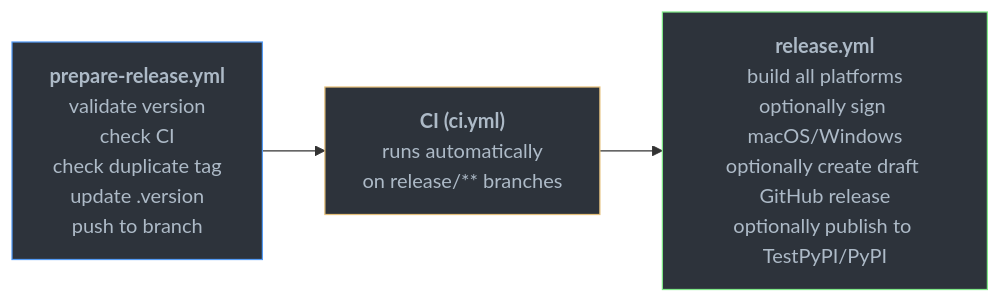
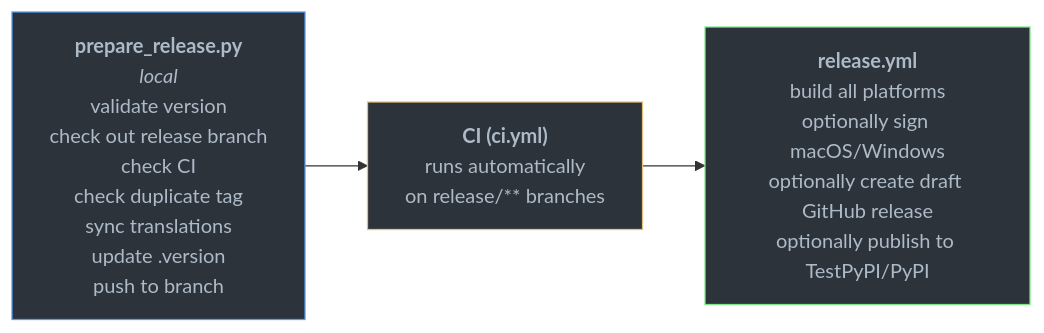
The first of 2 diagrams in docs/releasing.md (ankitects/anki), drawn with Mermaid before and after one commit. The commit also changed other lines of this file and 2 other files, not shown here.

````diff
--- a/docs/releasing.md
+++ b/docs/releasing.md
@@ -128,9 +142,9 @@
 ```{mermaid}
 flowchart LR
-    A["<b>prepare-release.yml</b><br/>validate version<br/>check CI<br/>check duplicate tag<br/>update .version<br/>push to branch"] --> B["<b>CI (ci.yml)</b><br/>runs automatically<br/>on release/** branches"]
+    A["<b>prepare_release.py</b><br/><i>local</i><br/>validate version<br/>check out release branch<br/>check CI<br/>check duplicate tag<br/>sync translations<br/>update .version<br/>push to branch"] --> B["<b>CI (ci.yml)</b><br/>runs automatically<br/>on release/** branches"]
     B --> C["<b>release.yml</b><br/>build all platforms<br/>optionally sign macOS/Windows<br/>optionally create draft GitHub release<br/>optionally publish to TestPyPI/PyPI"]
 
     style A fill:#2d333b,stroke:#539bf5,color:#adbac7
     style B fill:#2d333b,stroke:#e5c07b,color:#adbac7
     style C fill:#2d333b,stroke:#7ee787,color:#adbac7
 ```
````
